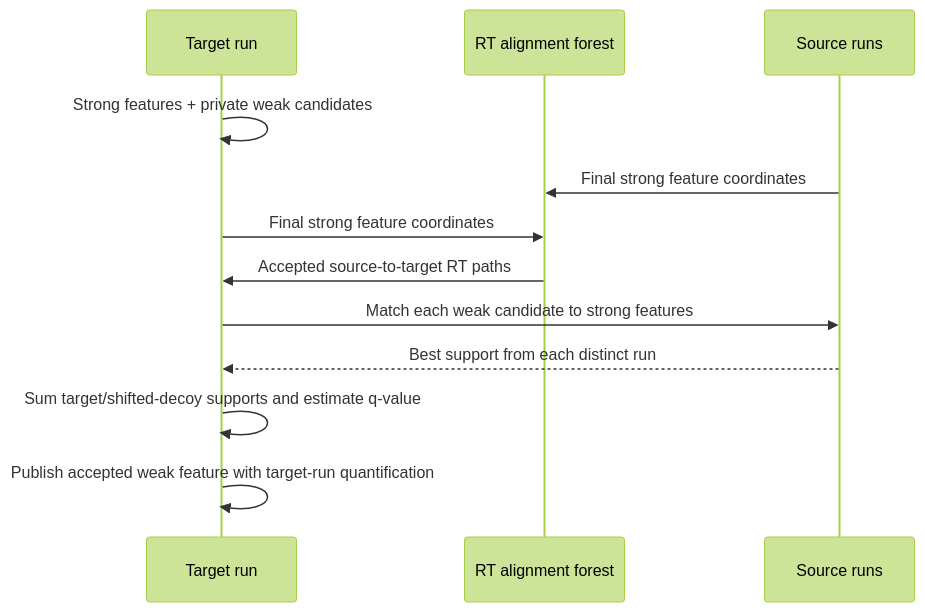
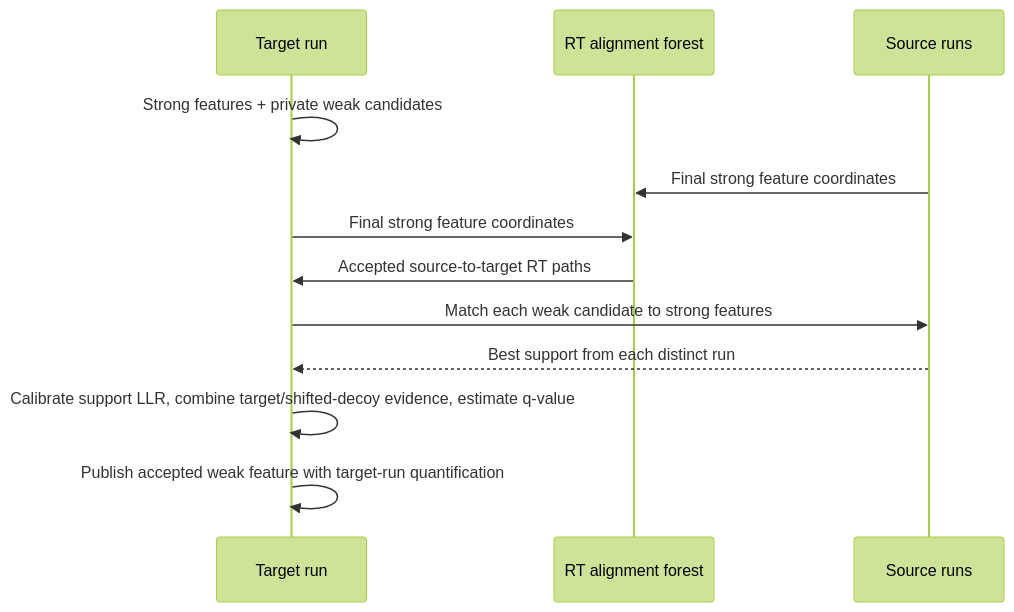
The diagram in docs/project-workflow.md (ATPs/biosaur2), drawn with Mermaid (forest theme) before and after one commit. The commit also changed other lines of this file and 6 other files, not shown here.

Commit message:
Calibrate external supports with empirical LLR

````diff
--- a/docs/project-workflow.md
+++ b/docs/project-workflow.md
@@ -44,14 +44,14 @@
 ```mermaid
 sequenceDiagram
     participant T as Target run
     participant A as RT alignment forest
     participant S as Source runs
     T->>T: Strong features + private weak candidates
     S->>A: Final strong feature coordinates
     T->>A: Final strong feature coordinates
     A->>T: Accepted source-to-target RT paths
     T->>S: Match each weak candidate to strong features
     S-->>T: Best support from each distinct run
-    T->>T: Sum target/shifted-decoy supports and estimate q-value
+    T->>T: Calibrate support LLR, combine target/shifted-decoy evidence, estimate q-value
     T->>T: Publish accepted weak feature with target-run quantification
 ```
````
